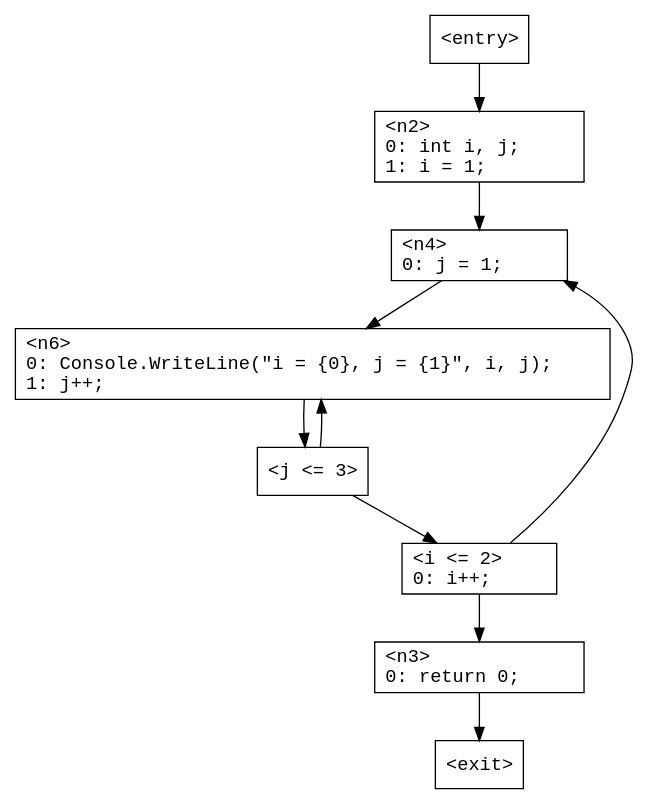
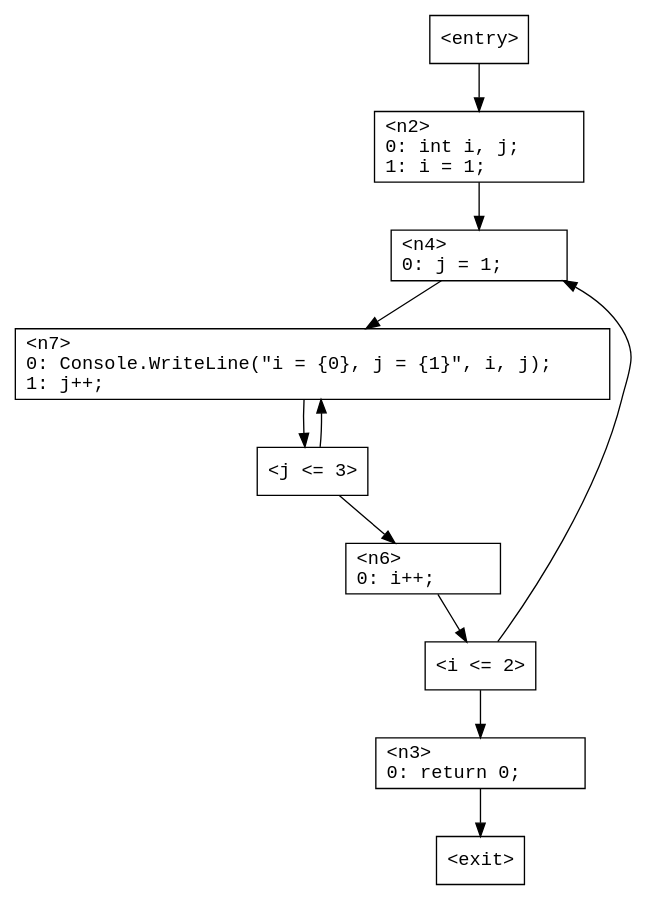
Before and after one commit to ashalkhakov/Tarp: the diagram in TarpTests/Cfg/Data/TestDoNested.gv, drawn with Graphviz. The commit also changed 8 other files, not shown here.

```diff
--- a/TarpTests/Cfg/Data/TestDoNested.gv
+++ b/TarpTests/Cfg/Data/TestDoNested.gv
@@ -1,36 +1,40 @@
 digraph G
 {
     n0 [ shape = "box"
              fontname = "Monospace"
              label = "<entry>\l" ];
       n0 -> n2;
     n1 [ shape = "box"
              fontname = "Monospace"
              label = "<exit>\l" ];
     n2 [ shape = "box"
              fontname = "Monospace"
              label = "<n2>\l0:	int i, j;\l1:	i = 1;\l" ];
       n2 -> n4;
     n3 [ shape = "box"
              fontname = "Monospace"
              label = "<n3>\l0:	return 0;\l" ];
       n3 -> n1;
     n4 [ shape = "box"
              fontname = "Monospace"
              label = "<n4>\l0:	j = 1;\l" ];
-      n4 -> n6;
+      n4 -> n7;
     n5 [ shape = "box"
              fontname = "Monospace"
-             label = "<i <= 2>\l0:	i++;\l" ];
+             label = "<i <= 2>\l" ];
       n5 -> n4;
       n5 -> n3;
     n6 [ shape = "box"
              fontname = "Monospace"
-             label = "<n6>\l0:	Console.WriteLine(\"i = {0}, j = {1}\", i, j);\l1:	j++;\l" ];
-      n6 -> n7;
+             label = "<n6>\l0:	i++;\l" ];
+      n6 -> n5;
     n7 [ shape = "box"
              fontname = "Monospace"
+             label = "<n7>\l0:	Console.WriteLine(\"i = {0}, j = {1}\", i, j);\l1:	j++;\l" ];
+      n7 -> n8;
+    n8 [ shape = "box"
+             fontname = "Monospace"
              label = "<j <= 3>\l" ];
-      n7 -> n6;
-      n7 -> n5;
+      n8 -> n7;
+      n8 -> n6;
 }
```
